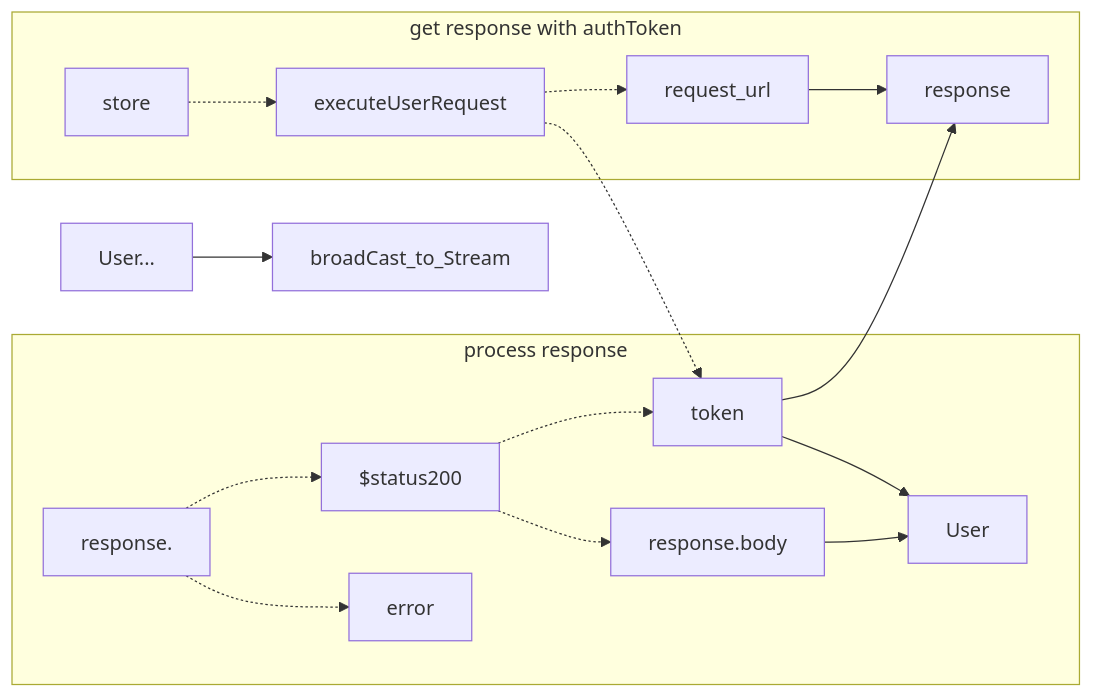
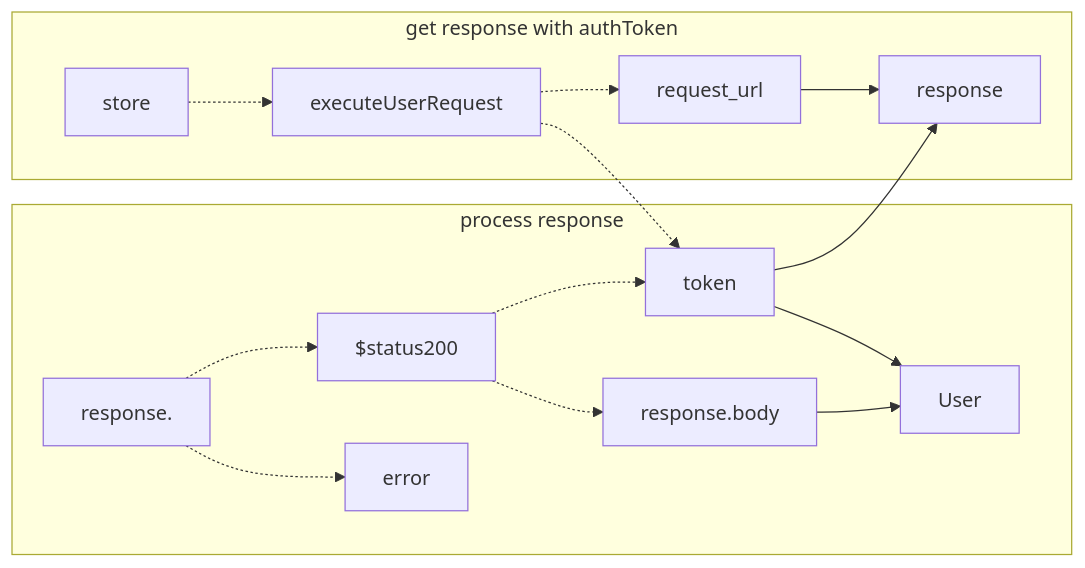
Before and after one commit to gordianknotC/nxp_note: diagram 12 of 13 in newage/astro.md, drawn with Mermaid. The commit also changed other lines of this file, not shown here.

Commit message:
newage/astro.md updated from https://stackedit.io/

````diff
--- a/newage/astro.md
+++ b/newage/astro.md
@@ -202,22 +202,24 @@
 ```mermaid
 graph LR
-User... --> broadCast_to_Stream
 
 subgraph process response
 	response. -.-> $status200
 	response. -.-> error
 	$status200 -.-> response.body
 	$status200 -.-> token
 	token --> User
 	response.body --> User
 end
 
 subgraph get response with authToken
 	store -.-> executeUserRequest
 	executeUserRequest -.-> token
 	executeUserRequest -.-> request_url
 	token --> response
 	request_url --> response
 end
 
+
+ 
+
 ```
````
